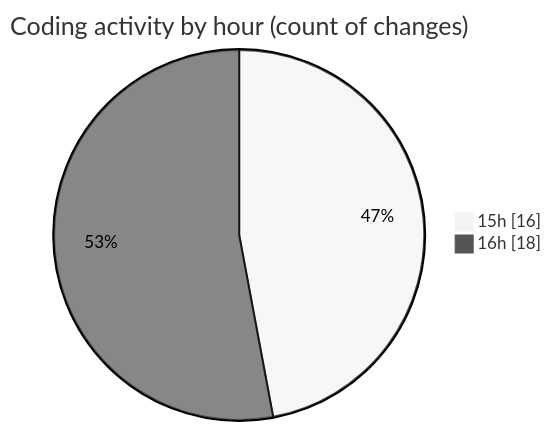
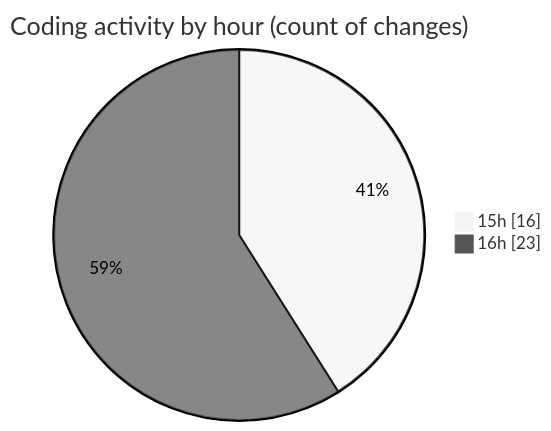
One commit to mevix1/code-tracking changed the second of 2 diagrams in 2025-10-01/oura-api/README.md. Above: the diagram before and after it, drawn with Mermaid (neutral theme). The commit also changed other lines of this file and 1 other file, not shown here.

````diff
--- a/2025-10-01/oura-api/README.md
+++ b/2025-10-01/oura-api/README.md
@@ -51,6 +56,6 @@
 ```mermaid
 pie showData
 title Coding activity by hour (count of changes)
 "15h" : 16
-"16h" : 18
+"16h" : 23
 ```
````
